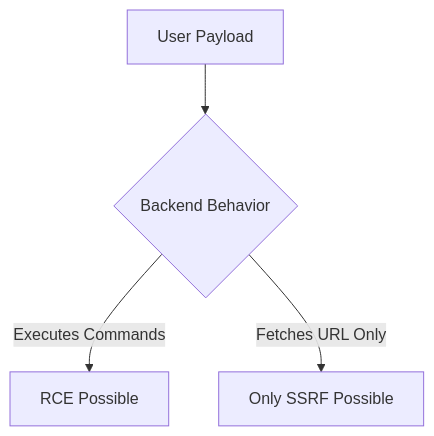
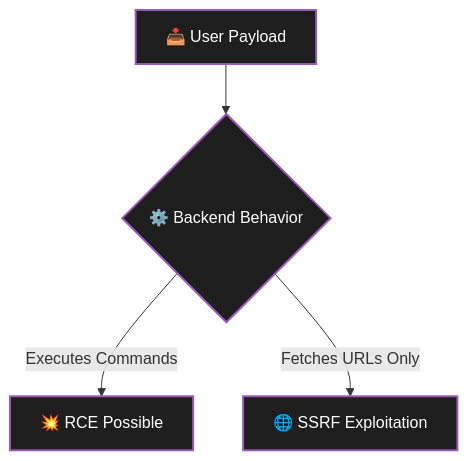
Before and after one commit to ashrithpeechara/infinity_learning: the fifth of 13 diagrams in Cloud_Security/Compute Engine Intrusion/solution.md, drawn with Mermaid. The commit also changed other lines of this file, not shown here.

````diff
--- a/Cloud_Security/Compute Engine Intrusion/solution.md
+++ b/Cloud_Security/Compute Engine Intrusion/solution.md
@@ -98,6 +124,10 @@
 ```mermaid
 flowchart TD
-    A[User Payload] --> B{Backend Behavior}
-    B -->|Executes Commands| C[RCE Possible]
-    B -->|Fetches URL Only| D[Only SSRF Possible]
+    A["📥 User Payload"] --> B{"⚙️ Backend Behavior"}
+
+    B -->|Executes Commands| C["💥 RCE Possible"]
+
+    B -->|Fetches URLs Only| D["🌐 SSRF Exploitation"]
+
+    classDef default fill:#1e1e1e,stroke:#9b59b6,color:#ffffff,stroke-width:2px;
 ```
````
